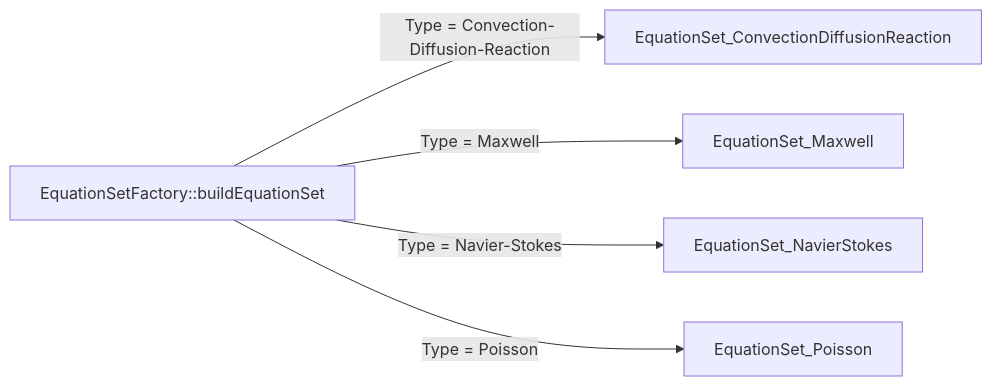
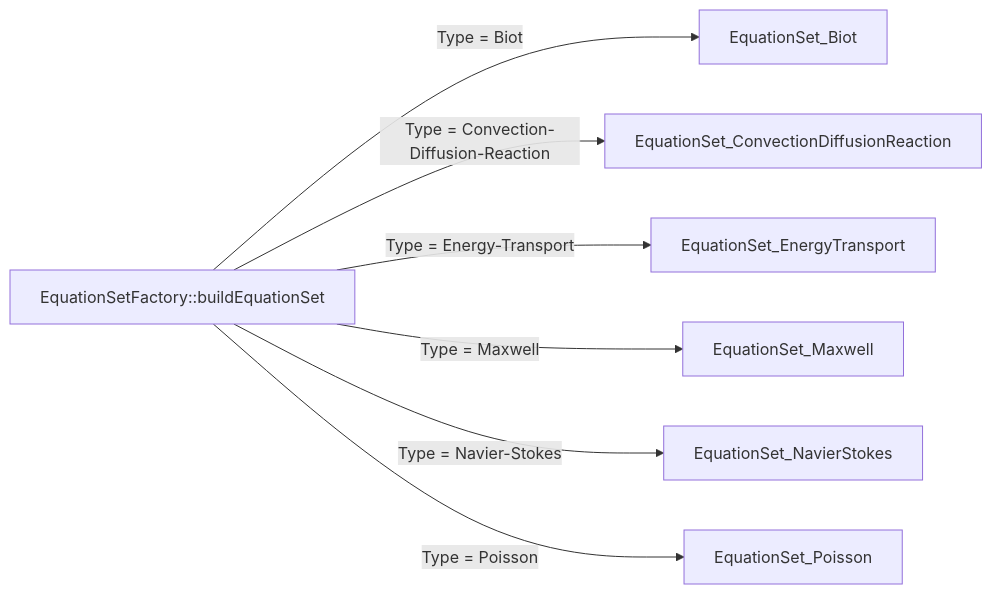
One commit to ssmabuza/nhlangano_linear changed the third of 4 diagrams in docs/CODE_DOCUMENTATION.md. Above: the diagram before and after it, drawn with Mermaid. The commit also changed other lines of this file and 24 other files, not shown here.

````diff
--- a/docs/CODE_DOCUMENTATION.md
+++ b/docs/CODE_DOCUMENTATION.md
@@ -299,8 +388,10 @@
 ```mermaid
 flowchart LR
   EQ[EquationSetFactory::buildEquationSet]
+  EQ -->|Type = Biot| B[EquationSet_Biot]
   EQ -->|Type = Convection-Diffusion-Reaction| CDR[EquationSet_ConvectionDiffusionReaction]
+  EQ -->|Type = Energy-Transport| ET[EquationSet_EnergyTransport]
   EQ -->|Type = Maxwell| M[EquationSet_Maxwell]
   EQ -->|Type = Navier-Stokes| NS[EquationSet_NavierStokes]
   EQ -->|Type = Poisson| P[EquationSet_Poisson]
 ```
````
